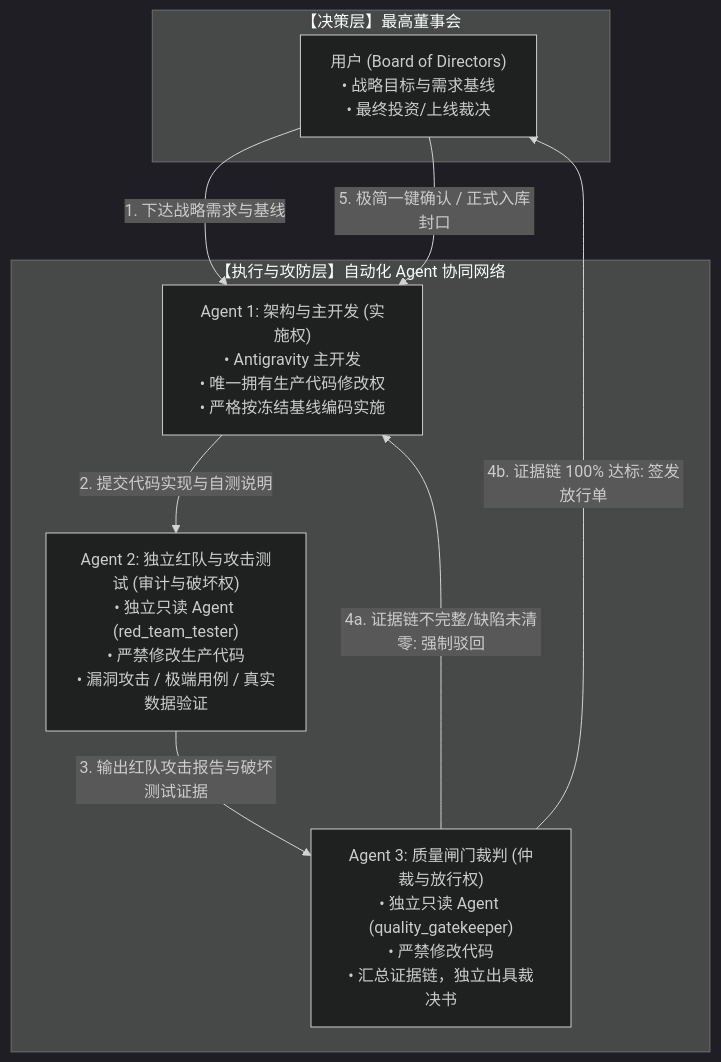
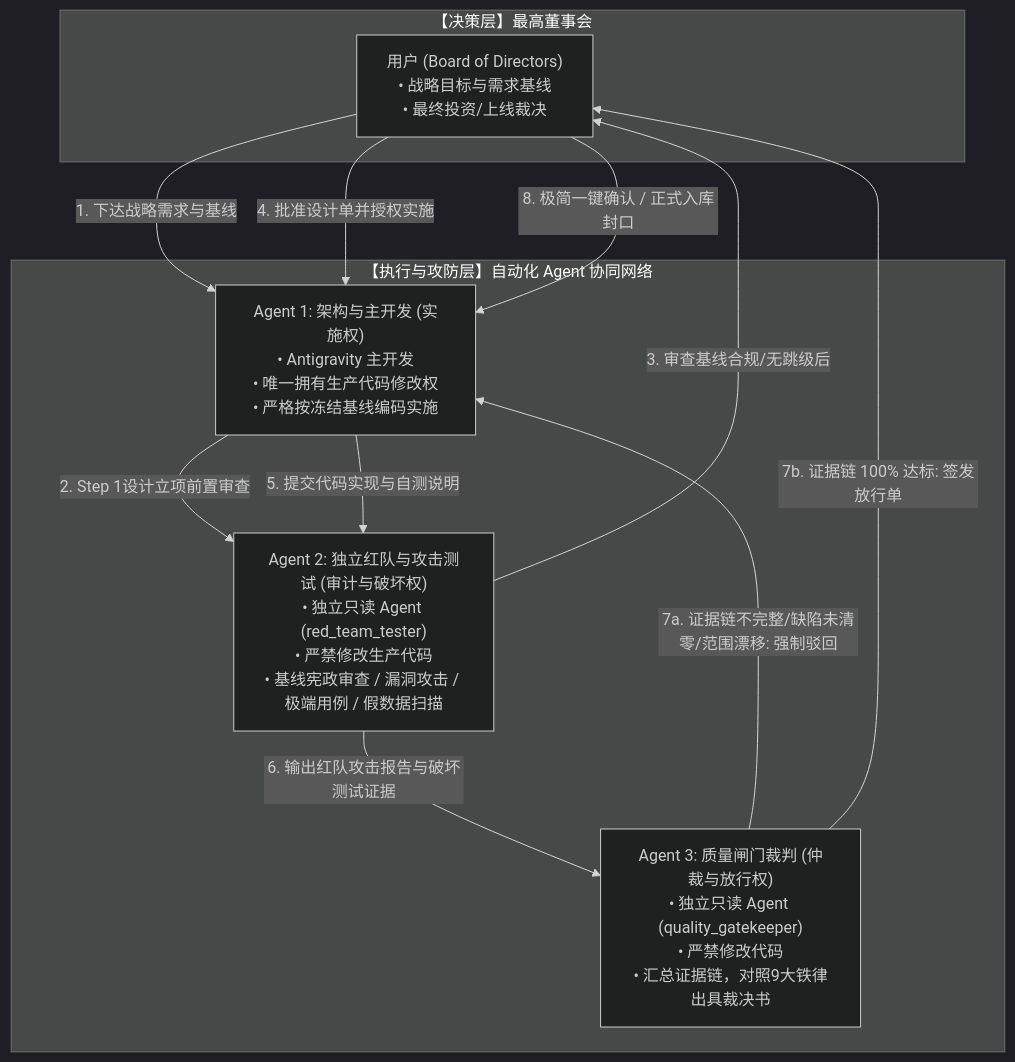
Before and after one commit to siyuwha/zhijian: the diagram in 开发文档/10-项目多Agent四权分立工程治理规范.md, drawn with Mermaid (dark theme). The commit also changed other lines of this file, not shown here.

````diff
--- a/开发文档/10-项目多Agent四权分立工程治理规范.md
+++ b/开发文档/10-项目多Agent四权分立工程治理规范.md
@@ -13,19 +13,22 @@
 ```mermaid
 flowchart TD
     subgraph 决策层 ["【决策层】最高董事会"]
         User["用户 (Board of Directors)<br/>• 战略目标与需求基线<br/>• 最终投资/上线裁决"]
     end
 
     subgraph 执行与攻防层 ["【执行与攻防层】自动化 Agent 协同网络"]
         ArchDev["Agent 1: 架构与主开发 (实施权)<br/>• Antigravity 主开发<br/>• 唯一拥有生产代码修改权<br/>• 严格按冻结基线编码实施"]
-        RedTeam["Agent 2: 独立红队与攻击测试 (审计与破坏权)<br/>• 独立只读 Agent (red_team_tester)<br/>• 严禁修改生产代码<br/>• 漏洞攻击 / 极端用例 / 真实数据验证"]
-        Gatekeeper["Agent 3: 质量闸门裁判 (仲裁与放行权)<br/>• 独立只读 Agent (quality_gatekeeper)<br/>• 严禁修改代码<br/>• 汇总证据链，独立出具裁决书"]
+        RedTeam["Agent 2: 独立红队与攻击测试 (审计与破坏权)<br/>• 独立只读 Agent (red_team_tester)<br/>• 严禁修改生产代码<br/>• 基线宪政审查 / 漏洞攻击 / 极端用例 / 假数据扫描"]
+        Gatekeeper["Agent 3: 质量闸门裁判 (仲裁与放行权)<br/>• 独立只读 Agent (quality_gatekeeper)<br/>• 严禁修改代码<br/>• 汇总证据链，对照9大铁律出具裁决书"]
     end
 
     User -->|1. 下达战略需求与基线| ArchDev
-    ArchDev -->|2. 提交代码实现与自测说明| RedTeam
-    RedTeam -->|3. 输出红队攻击报告与破坏测试证据| Gatekeeper
-    Gatekeeper -->|4a. 证据链不完整/缺陷未清零: 强制驳回| ArchDev
-    Gatekeeper -->|4b. 证据链 100% 达标: 签发放行单| User
-    User -->|5. 极简一键确认 / 正式入库封口| ArchDev
+    ArchDev -->|2. Step 1设计立项前置审查| RedTeam
+    RedTeam -->|3. 审查基线合规/无跳级后| User
+    User -->|4. 批准设计单并授权实施| ArchDev
+    ArchDev -->|5. 提交代码实现与自测说明| RedTeam
+    RedTeam -->|6. 输出红队攻击报告与破坏测试证据| Gatekeeper
+    Gatekeeper -->|7a. 证据链不完整/缺陷未清零/范围漂移: 强制驳回| ArchDev
+    Gatekeeper -->|7b. 证据链 100% 达标: 签发放行单| User
+    User -->|8. 极简一键确认 / 正式入库封口| ArchDev
 ```
````
